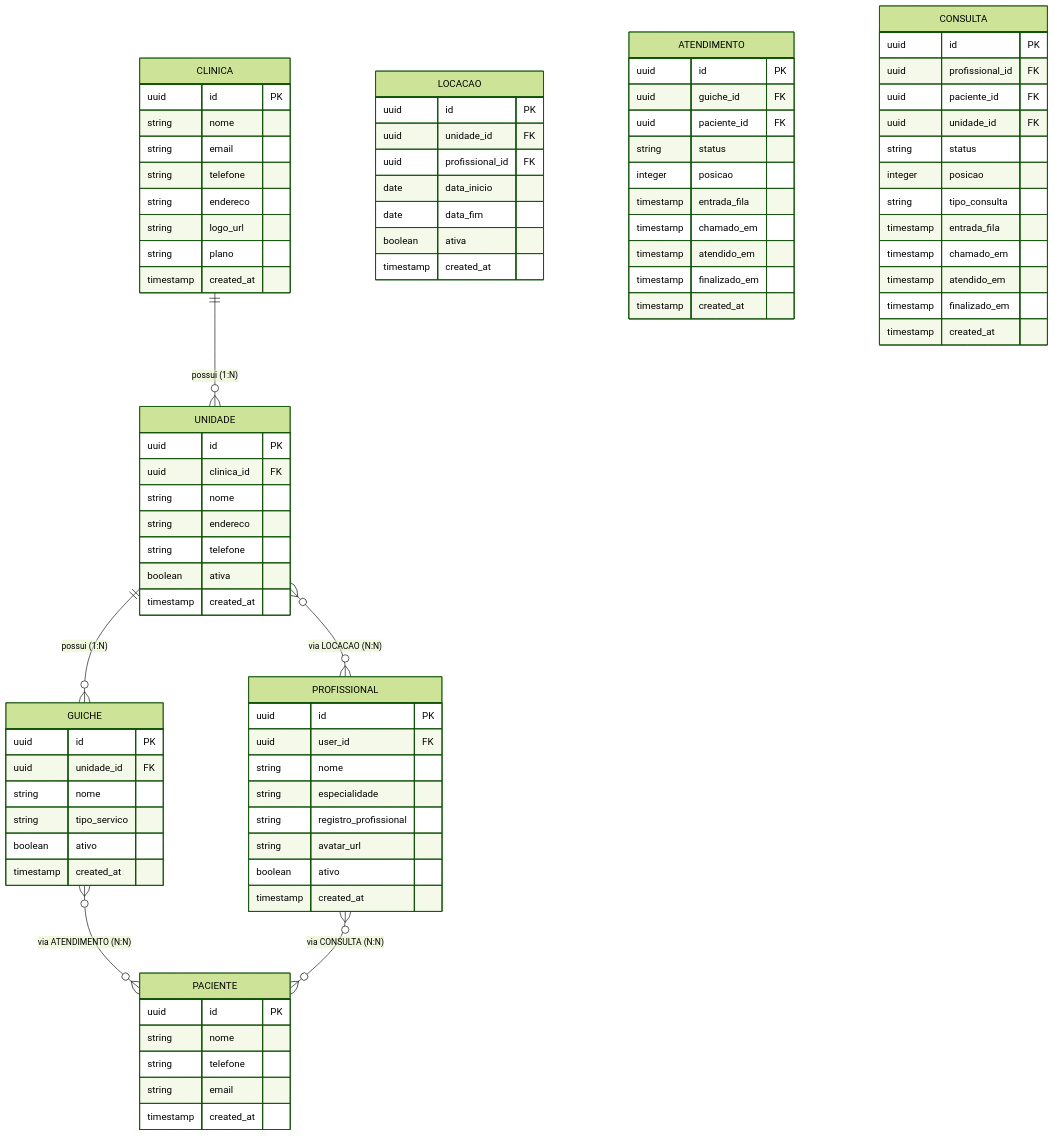
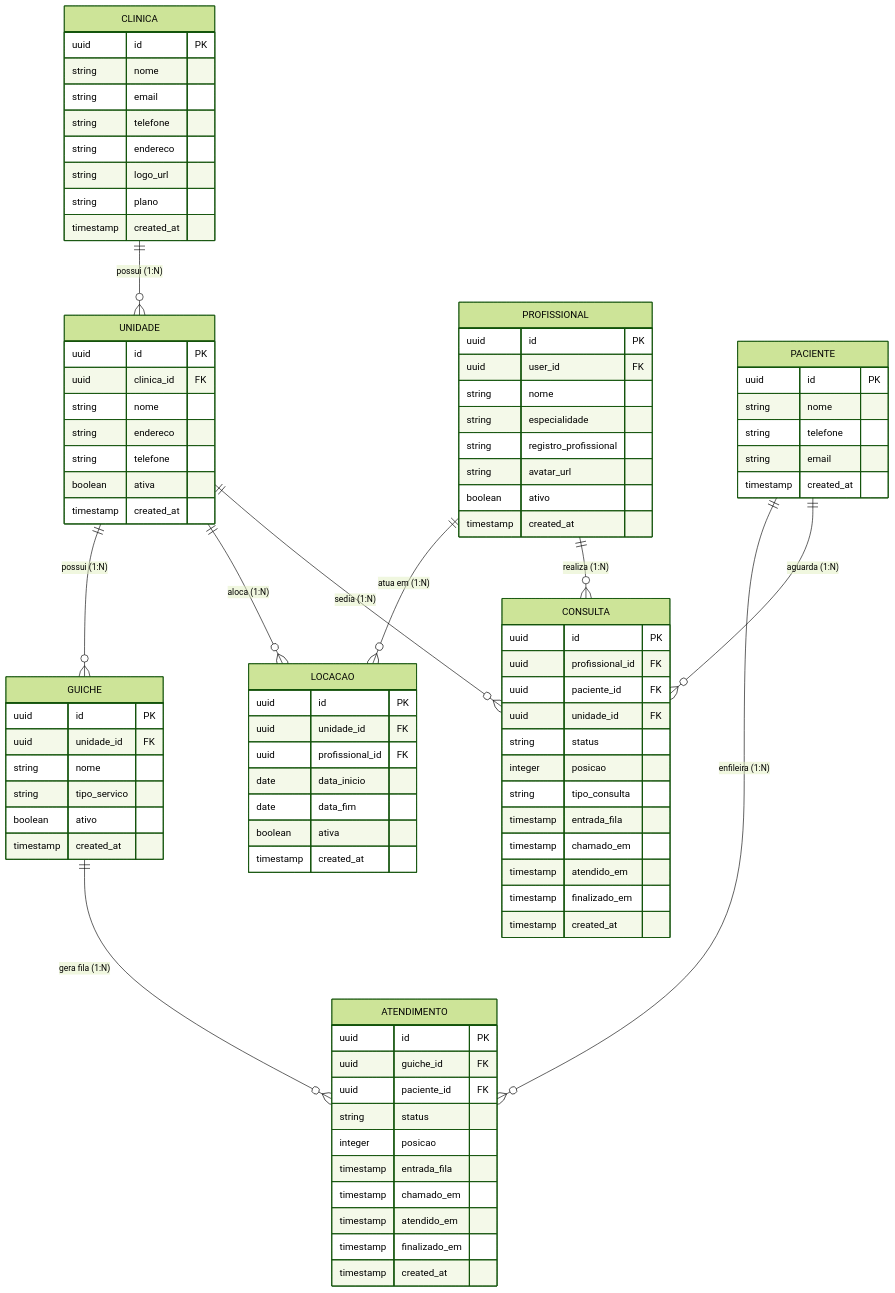
Before and after one commit to aguardai/aguard.ai-web-app: the first of 4 diagrams in entregas/entrega-02.md, drawn with Mermaid (forest theme). The commit also changed other lines of this file and 4 other files, not shown here.

```diff
--- a/entregas/entrega-02.md
+++ b/entregas/entrega-02.md
@@ -25,9 +25,13 @@
 erDiagram
     CLINICA ||--o{ UNIDADE : "possui (1:N)"
     UNIDADE ||--o{ GUICHE : "possui (1:N)"
-    UNIDADE }o--o{ PROFISSIONAL : "via LOCACAO (N:N)"
-    GUICHE }o--o{ PACIENTE : "via ATENDIMENTO (N:N)"
-    PROFISSIONAL }o--o{ PACIENTE : "via CONSULTA (N:N)"
+    UNIDADE ||--o{ LOCACAO : "aloca (1:N)"
+    PROFISSIONAL ||--o{ LOCACAO : "atua em (1:N)"
+    GUICHE ||--o{ ATENDIMENTO : "gera fila (1:N)"
+    PACIENTE ||--o{ ATENDIMENTO : "enfileira (1:N)"
+    PROFISSIONAL ||--o{ CONSULTA : "realiza (1:N)"
+    PACIENTE ||--o{ CONSULTA : "aguarda (1:N)"
+    UNIDADE ||--o{ CONSULTA : "sedia (1:N)"
 
     CLINICA {
         uuid id PK
```
